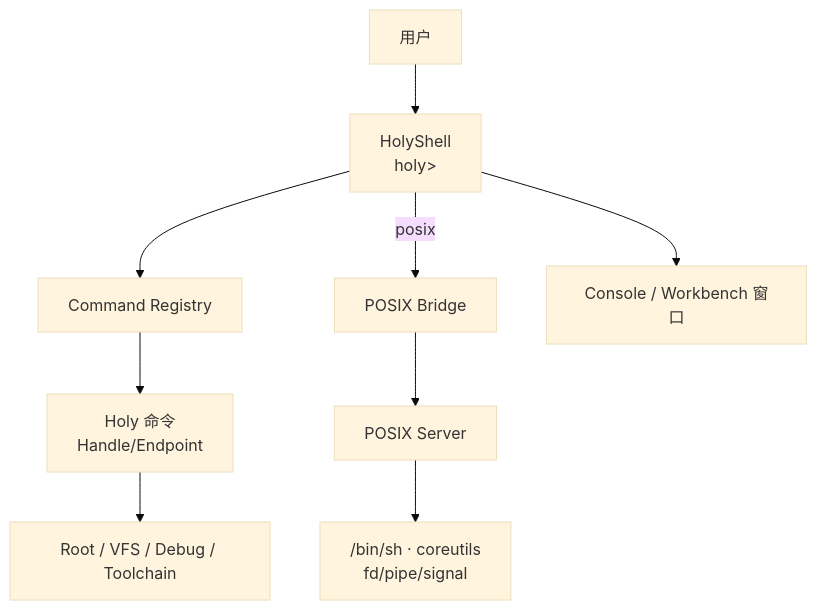
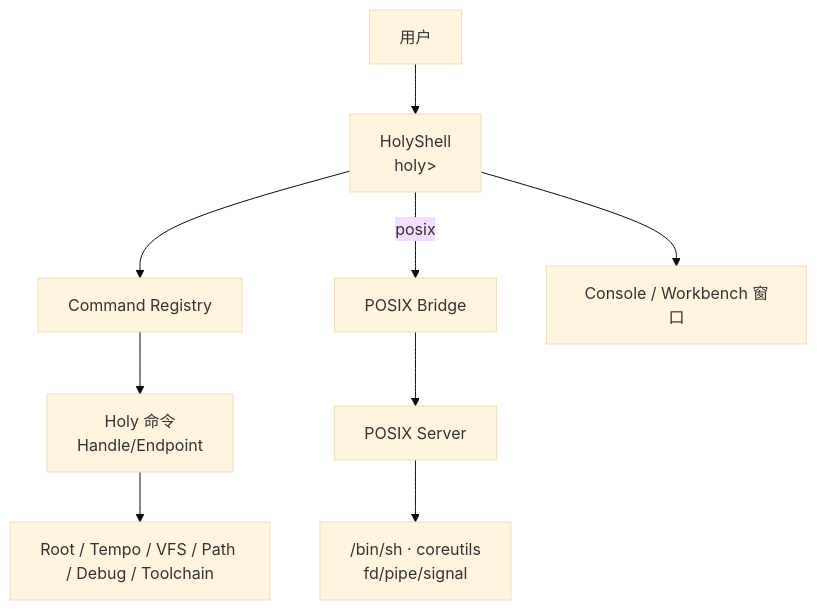
One commit to hongweifei/HolyKernel changed the diagram in docs/shell.md. Above: the diagram before and after it, drawn with Mermaid (base theme). The commit also changed other lines of this file and 30 other files, not shown here.

First line of the commit message:
docs: 统一 Holy Cadence Model 与 VFS/Path 拆分

````diff
--- a/docs/shell.md
+++ b/docs/shell.md
@@ -46,11 +46,11 @@
 ```mermaid
 flowchart TB
     User["用户"] --> HolyShell["HolyShell<br/>holy>"]
     HolyShell --> Registry["Command Registry"]
     Registry --> Native["Holy 命令<br/>Handle/Endpoint"]
     HolyShell -->|posix| Bridge["POSIX Bridge"]
     Bridge --> PosixSrv["POSIX Server"]
     PosixSrv --> PosixCmd["/bin/sh · coreutils<br/>fd/pipe/signal"]
-    Native --> Services["Root / VFS / Debug / Toolchain"]
+    Native --> Services["Root / Tempo / VFS / Path / Debug / Toolchain"]
     HolyShell --> Console["Console / Workbench 窗口"]
 ```
````
